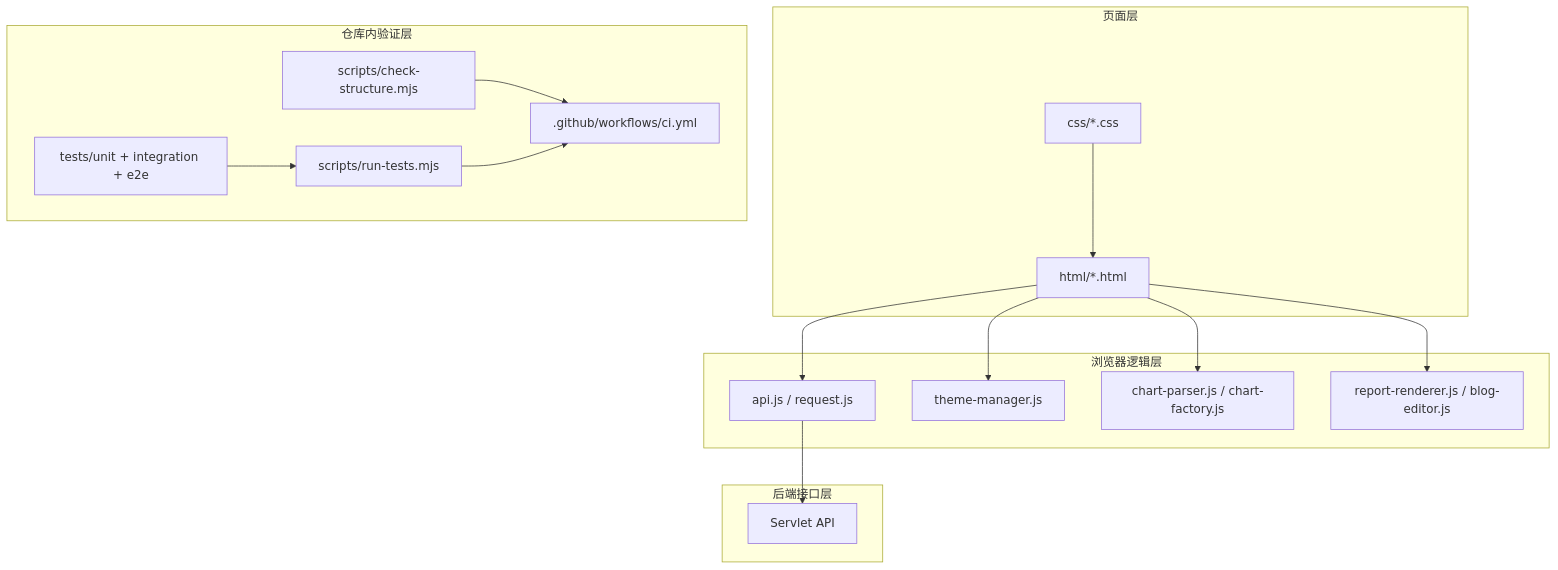
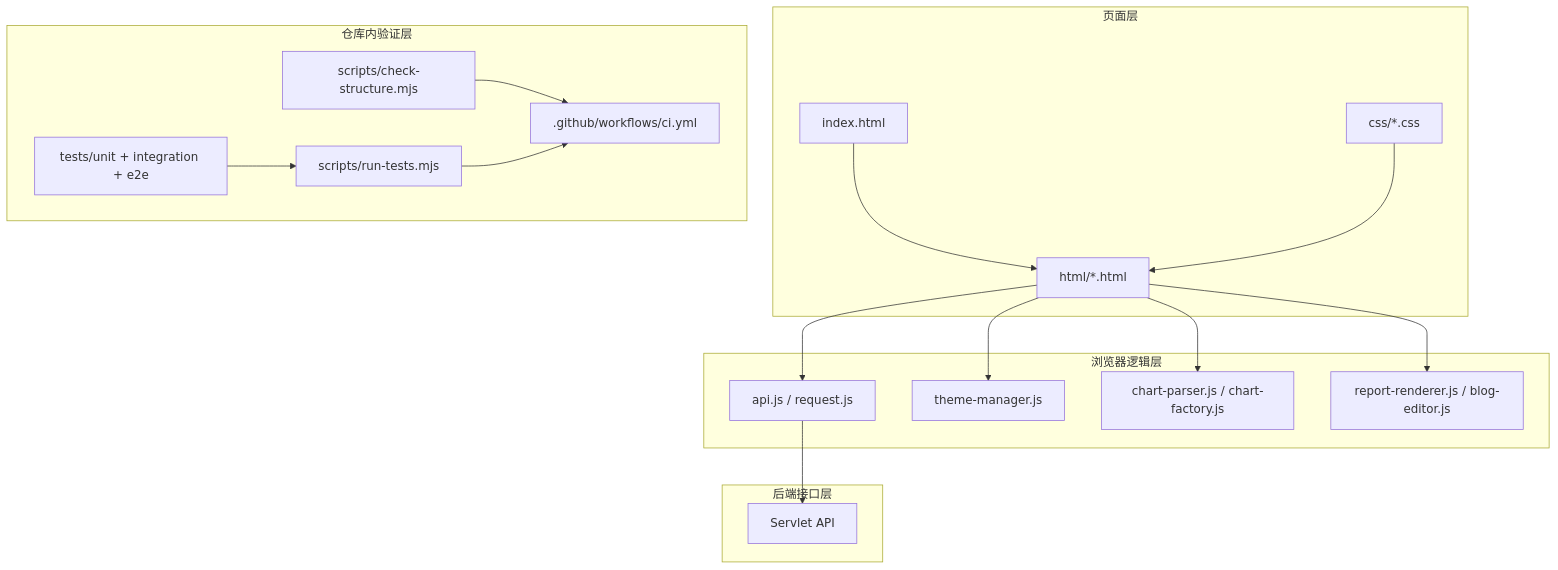
One commit to BigData2026QDU/WebFrontEnd changed the diagram in Architecture.md. Above: the diagram before and after it, drawn with Mermaid. The commit also changed other lines of this file and 13 other files, not shown here.

````diff
--- a/Architecture.md
+++ b/Architecture.md
@@ -5,35 +5,37 @@
 ```mermaid
 graph TB
     subgraph 页面层
+        ENTRY[index.html]
         HTML[html/*.html]
         CSS[css/*.css]
     end
 
     subgraph 浏览器逻辑层
         API[api.js / request.js]
         THEME[theme-manager.js]
         CHART[chart-parser.js / chart-factory.js]
         REPORT[report-renderer.js / blog-editor.js]
     end
 
     subgraph 后端接口层
         SERVLET[Servlet API]
     end
 
     subgraph 仓库内验证层
         STRUCTURE[scripts/check-structure.mjs]
         RUNNER[scripts/run-tests.mjs]
         TESTS[tests/unit + integration + e2e]
         CI[.github/workflows/ci.yml]
     end
 
+    ENTRY --> HTML
     HTML --> API
     HTML --> THEME
     HTML --> CHART
     HTML --> REPORT
     CSS --> HTML
     API --> SERVLET
     STRUCTURE --> CI
     RUNNER --> CI
     TESTS --> RUNNER
 ```
````
